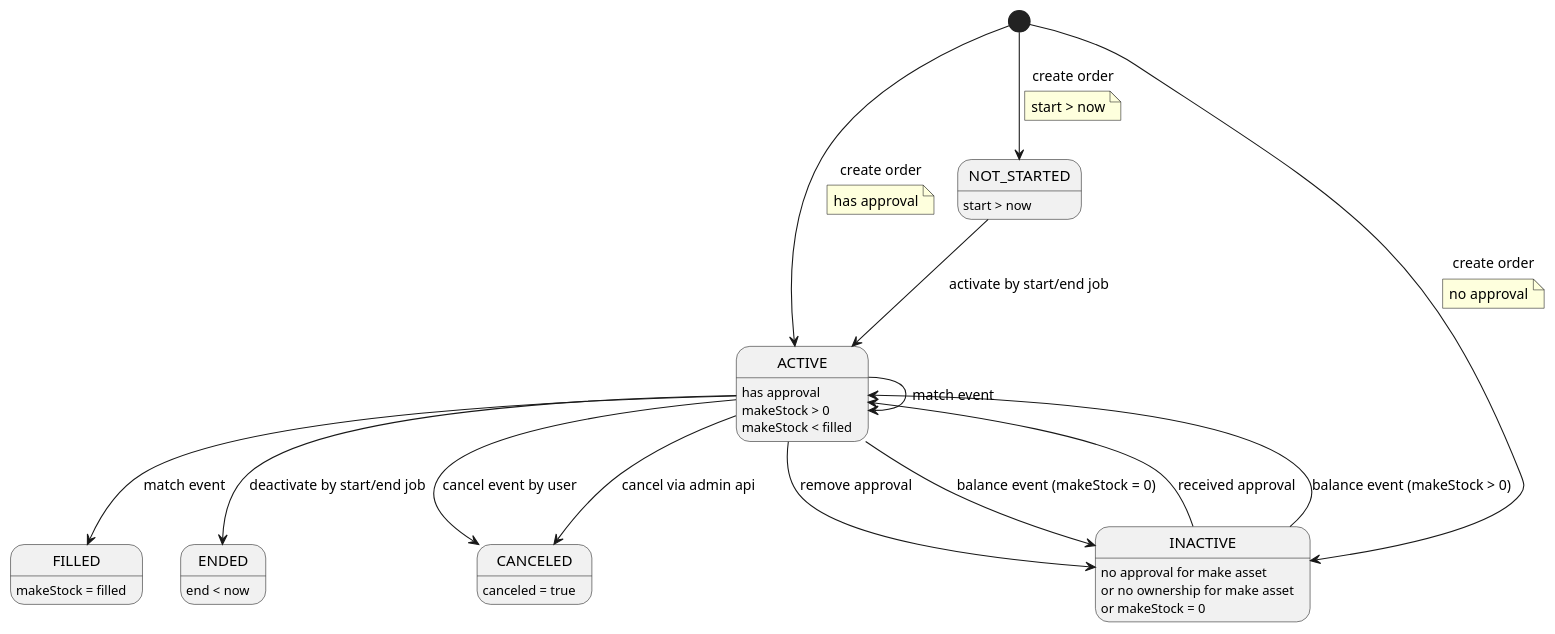
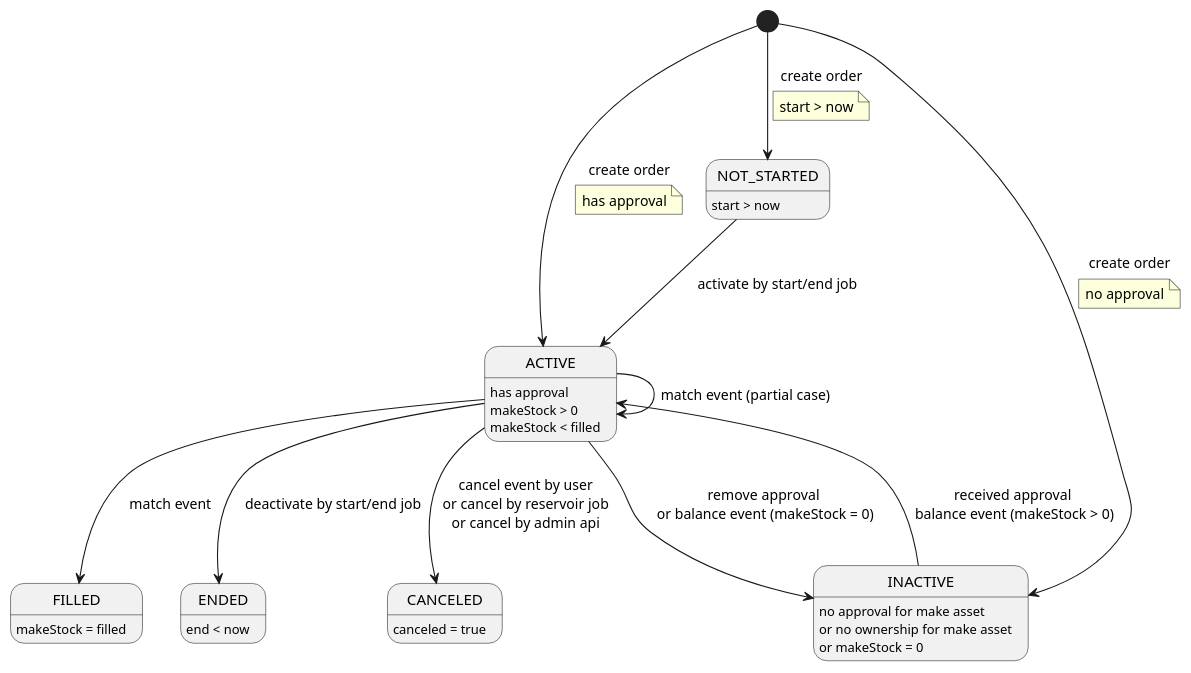
The diagram in docs/diagrams/puml/order_status.puml (rarible/ethereum-indexer-public), drawn with PlantUML before and after one commit. The commit also changed 2 other files, not shown here.

Commit message:
fix: update diagram

```diff
--- a/docs/diagrams/puml/order_status.puml
+++ b/docs/diagrams/puml/order_status.puml
@@ -1,37 +1,34 @@
 @startuml
 
 ACTIVE: has approval
 ACTIVE: makeStock > 0
 ACTIVE: makeStock < filled
 FILLED: makeStock = filled
 NOT_STARTED: start > now
 ENDED: end < now
 CANCELED: canceled = true
 INACTIVE: no approval for make asset
 INACTIVE: or no ownership for make asset
 INACTIVE: or makeStock = 0
 
 [*] --> ACTIVE : create order
 note on link
   has approval
 end note
 [*] --> NOT_STARTED : create order
 note on link
   start > now
 end note
 [*] --> INACTIVE : create order
 note on link
   no approval
 end note
 NOT_STARTED --> ACTIVE : activate by start/end job
-ACTIVE --> INACTIVE : remove approval
-ACTIVE --> CANCELED : cancel event by user
-ACTIVE --> INACTIVE : balance event (makeStock = 0)
-ACTIVE --> CANCELED : cancel via admin api
-ACTIVE --> ACTIVE : match event
-INACTIVE --> ACTIVE : received approval
-INACTIVE --> ACTIVE : balance event (makeStock > 0)
+ACTIVE --> INACTIVE : remove approval\n or balance event (makeStock = 0)
+ACTIVE --> CANCELED : cancel event by user\nor cancel by reservoir job\nor cancel by admin api
+ACTIVE --> ACTIVE : match event (partial case)
+INACTIVE --> ACTIVE : received approval\n balance event (makeStock > 0)
 ACTIVE --> FILLED : match event
 ACTIVE --> ENDED : deactivate by start/end job
 
 @enduml
```
